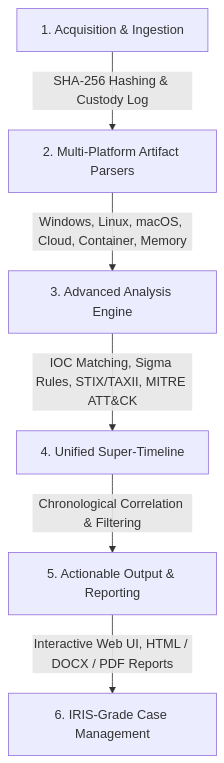
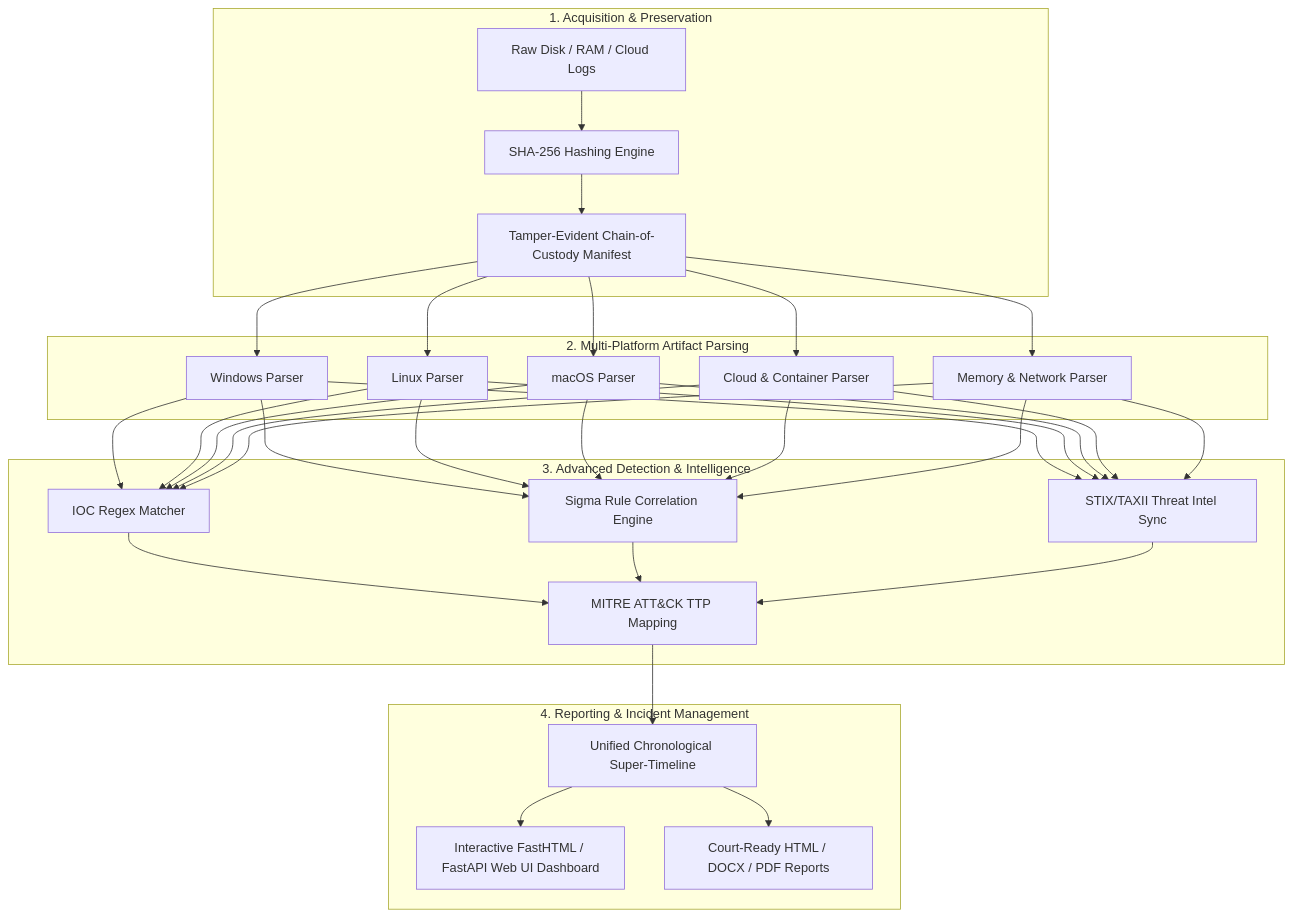
One commit to abhiiibabariya-dev/AllinOneForensics changed the diagram in README.md. Above: the diagram before and after it, drawn with Mermaid. The commit also changed other lines of this file, not shown here.

Commit message:
Upgrade README.md into a professional enterprise-grade GitHub landing page

````diff
--- a/README.md
+++ b/README.md
@@ -22,8 +39,28 @@
 ```mermaid
 graph TD
-    A[1. Acquisition & Ingestion] -->|SHA-256 Hashing & Custody Log| B[2. Multi-Platform Artifact Parsers]
-    B -->|Windows, Linux, macOS, Cloud, Container, Memory| C[3. Advanced Analysis Engine]
-    C -->|IOC Matching, Sigma Rules, STIX/TAXII, MITRE ATT&CK| D[4. Unified Super-Timeline]
-    D -->|Chronological Correlation & Filtering| E[5. Actionable Output & Reporting]
-    E -->|Interactive Web UI, HTML / DOCX / PDF Reports| F[6. IRIS-Grade Case Management]
+    subgraph 1. Acquisition & Preservation
+        A1[Raw Disk / RAM / Cloud Logs] --> A2[SHA-256 Hashing Engine]
+        A2 --> A3[Tamper-Evident Chain-of-Custody Manifest]
+    end
+
+    subgraph 2. Multi-Platform Artifact Parsing
+        A3 --> B1[Windows Parser]
+        A3 --> B2[Linux Parser]
+        A3 --> B3[macOS Parser]
+        A3 --> B4[Cloud & Container Parser]
+        A3 --> B5[Memory & Network Parser]
+    end
+
+    subgraph 3. Advanced Detection & Intelligence
+        B1 & B2 & B3 & B4 & B5 --> C1[IOC Regex Matcher]
+        B1 & B2 & B3 & B4 & B5 --> C2[Sigma Rule Correlation Engine]
+        B1 & B2 & B3 & B4 & B5 --> C3[STIX/TAXII Threat Intel Sync]
+        C1 & C2 & C3 --> C4[MITRE ATT&CK TTP Mapping]
+    end
+
+    subgraph 4. Reporting & Incident Management
+        C4 --> D1[Unified Chronological Super-Timeline]
+        D1 --> D2[Interactive FastHTML / FastAPI Web UI Dashboard]
+        D1 --> D3[Court-Ready HTML / DOCX / PDF Reports]
+    end
 ```
````
